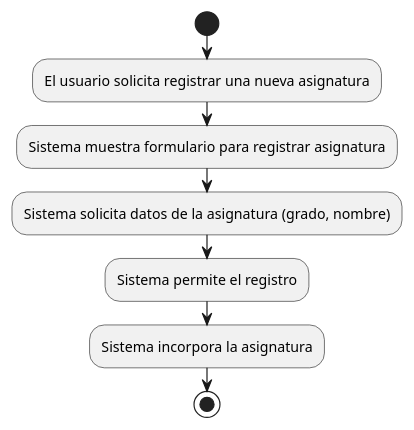
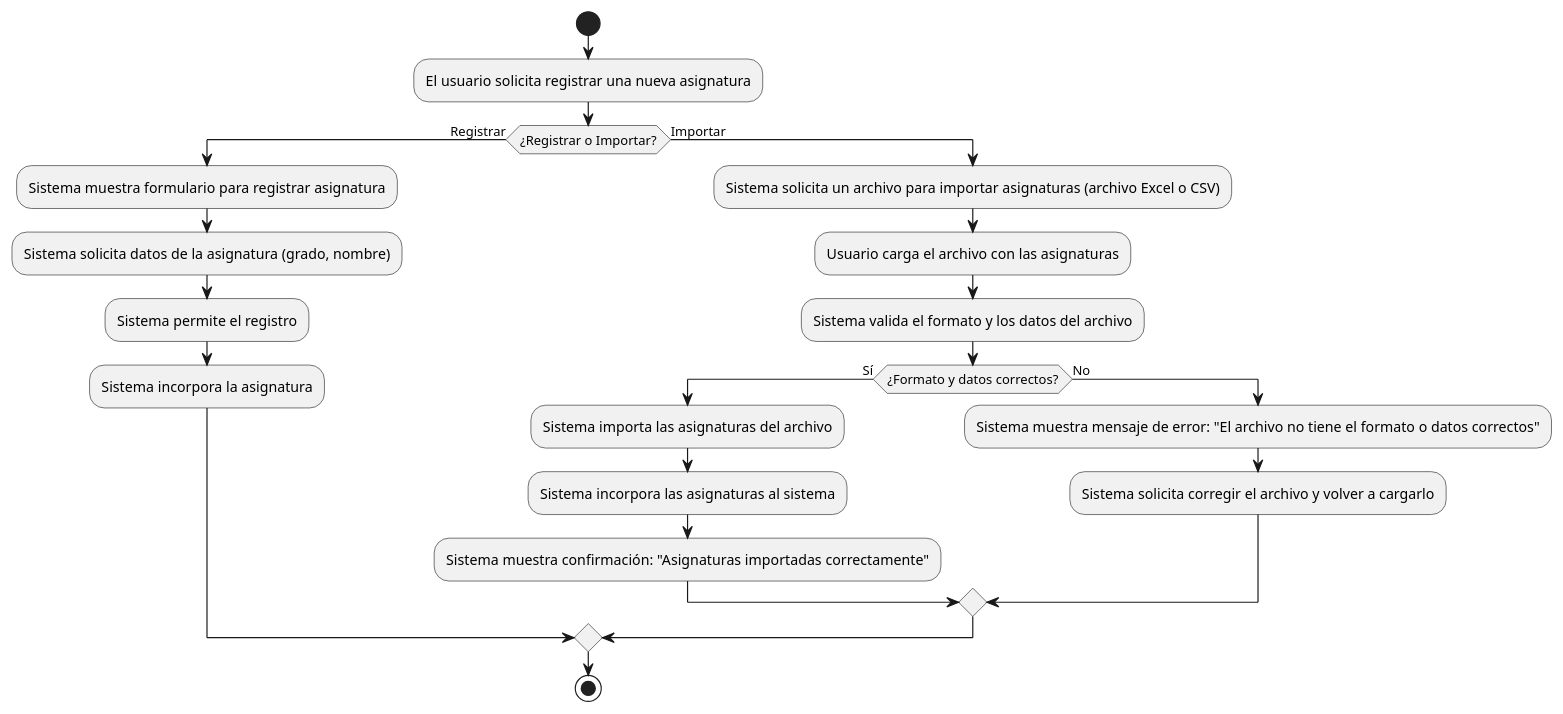
The diagram in casosDeUso/plantUML/RegistrarAsignatura.puml (mmasias/24-25-IdSw1-SDR), drawn with PlantUML before and after one commit. The commit also changed 11 other files, not shown here.

```diff
--- a/casosDeUso/plantUML/RegistrarAsignatura.puml
+++ b/casosDeUso/plantUML/RegistrarAsignatura.puml
@@ -1,9 +1,23 @@
 @startuml
 start
 :El usuario solicita registrar una nueva asignatura;
-:Sistema muestra formulario para registrar asignatura;
-:Sistema solicita datos de la asignatura (grado, nombre);
-:Sistema permite el registro;
-:Sistema incorpora la asignatura;
+if (¿Registrar o Importar?) then (Registrar)
+  :Sistema muestra formulario para registrar asignatura;
+  :Sistema solicita datos de la asignatura (grado, nombre);
+  :Sistema permite el registro;
+  :Sistema incorpora la asignatura;
+else (Importar)
+  :Sistema solicita un archivo para importar asignaturas (archivo Excel o CSV);
+  :Usuario carga el archivo con las asignaturas;
+  :Sistema valida el formato y los datos del archivo;
+  if (¿Formato y datos correctos?) then (Sí)
+    :Sistema importa las asignaturas del archivo;
+    :Sistema incorpora las asignaturas al sistema;
+    :Sistema muestra confirmación: "Asignaturas importadas correctamente";
+  else (No)
+    :Sistema muestra mensaje de error: "El archivo no tiene el formato o datos correctos";
+    :Sistema solicita corregir el archivo y volver a cargarlo;
+  endif
+endif
 stop
 @enduml
```
